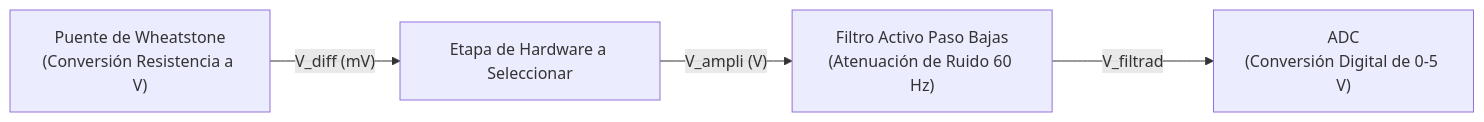
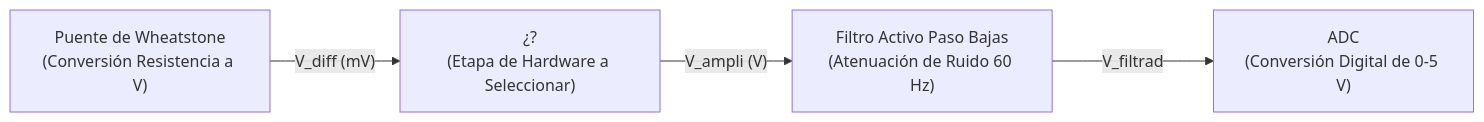
The third of 3 diagrams in README.md (cerino-115/Diagramas), drawn with Mermaid before and after one commit.

Commit message:
Update diagram label in README.md

````diff
--- a/README.md
+++ b/README.md
@@ -27,11 +27,12 @@
 ```mermaid  
 flowchart LR
     A["Puente de Wheatstone
 (Conversión Resistencia a V)"] --V_diff (mV)--> B
-    B["Etapa de Hardware a Seleccionar"] --V_ampli (V)--> C
+    B["¿?
+(Etapa de Hardware a Seleccionar)"] --V_ampli (V)--> C
     C["Filtro Activo Paso Bajas
 (Atenuación de Ruido 60 Hz)"] --V_filtrado--> D
     D["ADC
 (Conversión Digital de 0-5 V)"]
 
 ```
````
